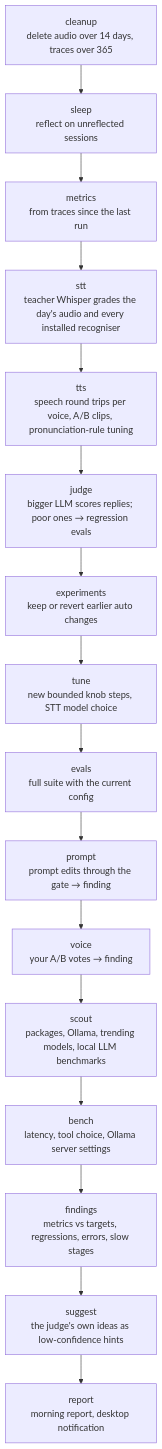
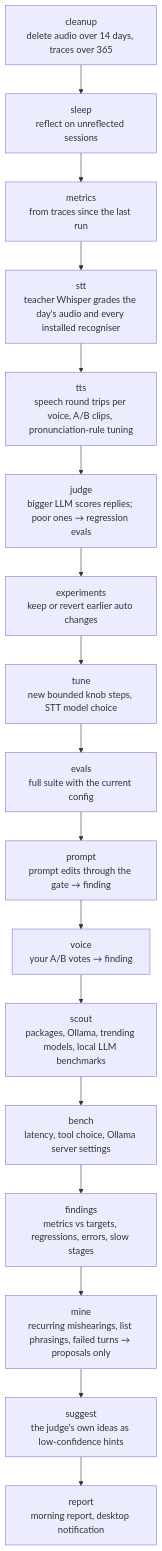
The second of 7 diagrams in docs/architecture/08-learning-loops.md (tronnyg/the-iris-system), drawn with Mermaid before and after one commit. The commit also changed other lines of this file and 14 other files, not shown here.

````diff
--- a/docs/architecture/08-learning-loops.md
+++ b/docs/architecture/08-learning-loops.md
@@ -24,18 +24,19 @@
 ```mermaid
 flowchart TD
     C[cleanup<br/>delete audio over 14 days, traces over 365] --> SL[sleep<br/>reflect on unreflected sessions]
     SL --> ME[metrics<br/>from traces since the last run]
     ME --> STT[stt<br/>teacher Whisper grades the day's audio and every installed recogniser]
     STT --> TTS[tts<br/>speech round trips per voice, A/B clips, pronunciation-rule tuning]
     TTS --> JU[judge<br/>bigger LLM scores replies; poor ones → regression evals]
     JU --> EX[experiments<br/>keep or revert earlier auto changes]
     EX --> TU[tune<br/>new bounded knob steps, STT model choice]
     TU --> EV[evals<br/>full suite with the current config]
     EV --> PR[prompt<br/>prompt edits through the gate → finding]
     PR --> VO[voice<br/>your A/B votes → finding]
     VO --> SC[scout<br/>packages, Ollama, trending models, local LLM benchmarks]
     SC --> BE[bench<br/>latency, tool choice, Ollama server settings]
     BE --> FI[findings<br/>metrics vs targets, regressions, errors, slow stages]
-    FI --> SU[suggest<br/>the judge's own ideas as low-confidence hints]
+    FI --> MI[mine<br/>recurring mishearings, list phrasings, failed turns → proposals only]
+    MI --> SU[suggest<br/>the judge's own ideas as low-confidence hints]
     SU --> RE[report<br/>morning report, desktop notification]
 ```
````
